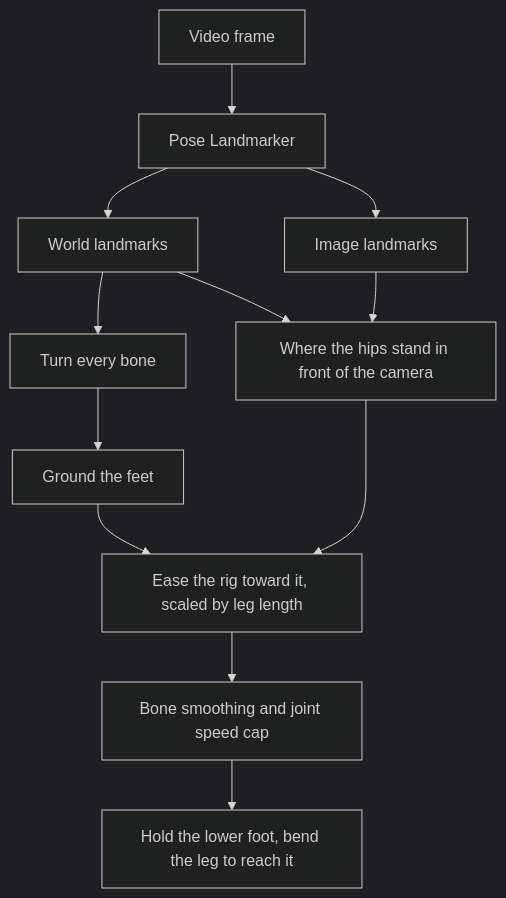
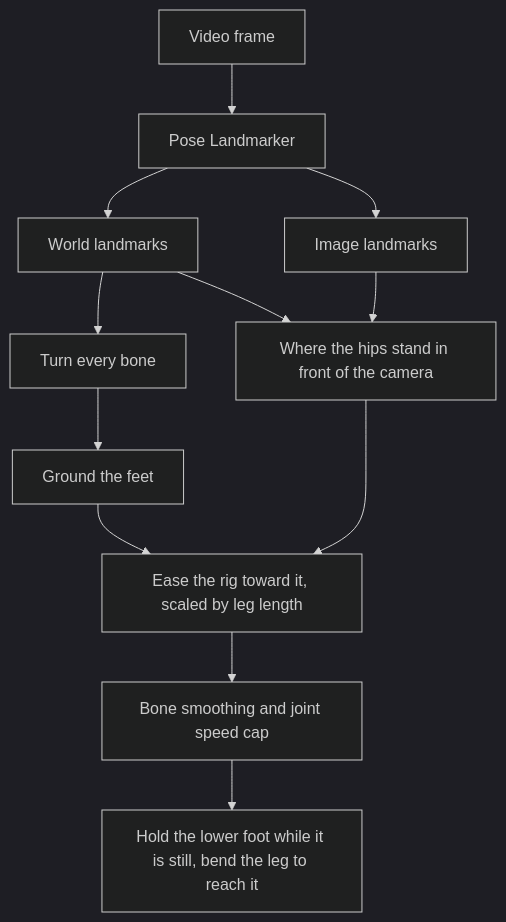
The diagram in documentation/docs/journey/camera-capture-travel.md (cnotv/generative-art), drawn with Mermaid (dark theme) before and after one commit. The commit also changed other lines of this file and 6 other files, not shown here.

First line of the commit message:
fix: hold a foot only while the capture keeps it still

````diff
--- a/documentation/docs/journey/camera-capture-travel.md
+++ b/documentation/docs/journey/camera-capture-travel.md
@@ -125,14 +143,14 @@
 ```mermaid
 flowchart TD
   frame[Video frame] --> pose[Pose Landmarker]
   pose --> world[World landmarks]
   pose --> image[Image landmarks]
   world --> bones[Turn every bone]
   world --> position[Where the hips stand in front of the camera]
   image --> position
   position --> travel[Ease the rig toward it, scaled by leg length]
   bones --> ground[Ground the feet]
   ground --> travel
   travel --> smooth[Bone smoothing and joint speed cap]
-  smooth --> pins[Hold the lower foot, bend the leg to reach it]
+  smooth --> pins[Hold the lower foot while it is still, bend the leg to reach it]
 ```
````
